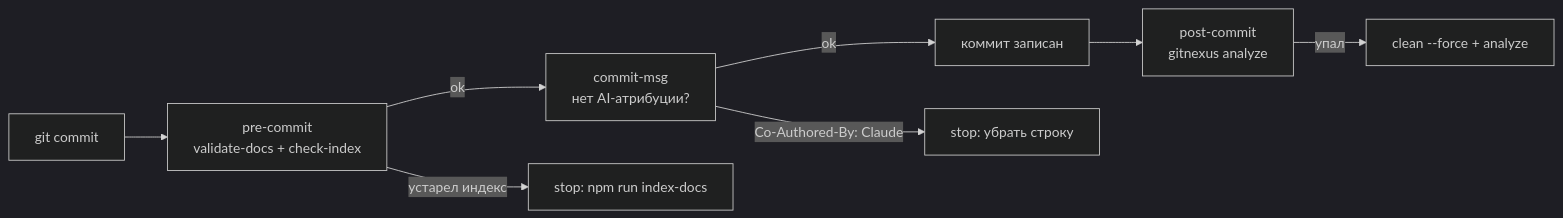
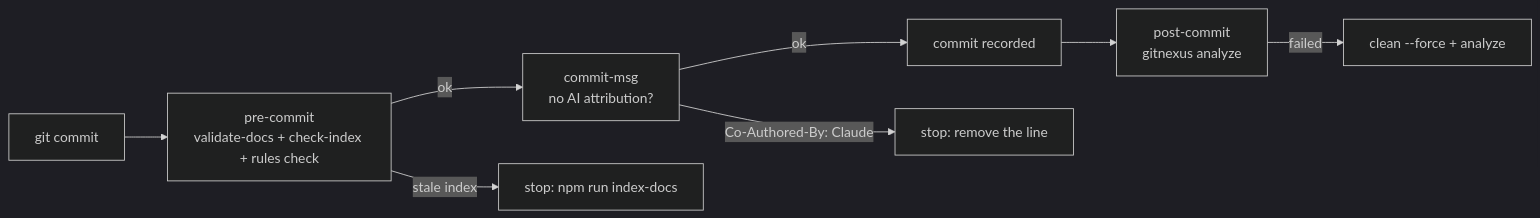
Before and after one commit to Reasp/projecthub-oss: the seventh of 7 diagrams in template/README.md, drawn with Mermaid (dark theme). The commit also changed other lines of this file and 22 other files, not shown here.

````diff
--- a/template/README.md
+++ b/template/README.md
@@ -341,10 +348,10 @@
 ```mermaid
 graph LR
-    C["git commit"] --> PC["pre-commit<br/>validate-docs + check-index"]
-    PC -->|ok| CM["commit-msg<br/>нет AI-атрибуции?"]
-    CM -->|ok| CO["коммит записан"]
+    C["git commit"] --> PC["pre-commit<br/>validate-docs + check-index + rules check"]
+    PC -->|ok| CM["commit-msg<br/>no AI attribution?"]
+    CM -->|ok| CO["commit recorded"]
     CO --> POST["post-commit<br/>gitnexus analyze"]
-    POST -->|упал| FIX["clean --force + analyze"]
-    PC -->|устарел индекс| STOP1["stop: npm run index-docs"]
-    CM -->|Co-Authored-By: Claude| STOP2["stop: убрать строку"]
+    POST -->|failed| FIX["clean --force + analyze"]
+    PC -->|stale index| STOP1["stop: npm run index-docs"]
+    CM -->|Co-Authored-By: Claude| STOP2["stop: remove the line"]
 ```
````
